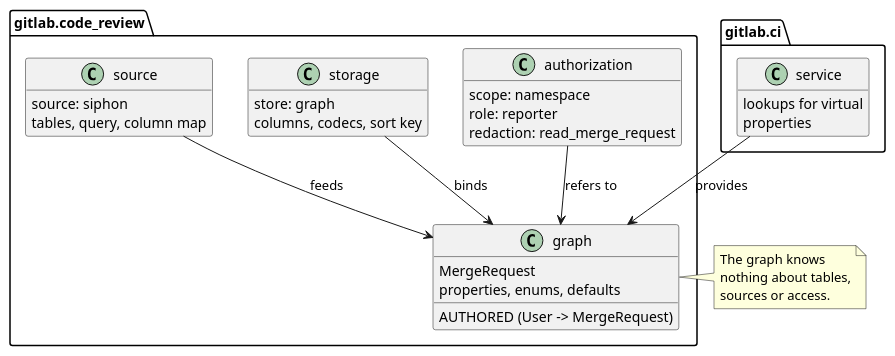
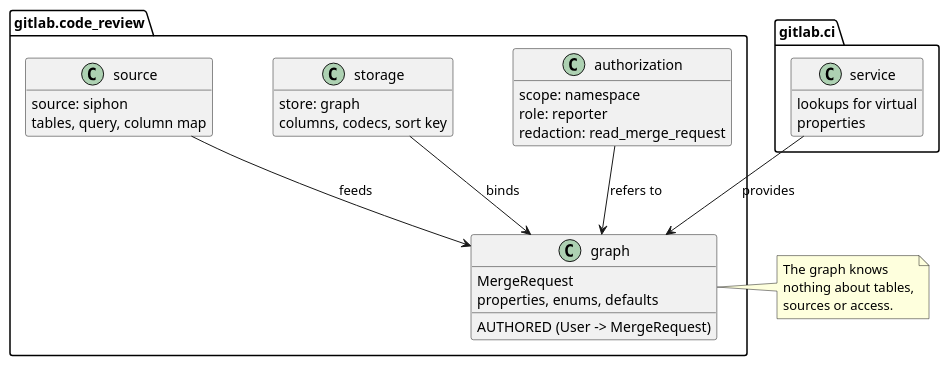
The second of 7 diagrams in docs/pages/engineering/adr/024_pluggable_data_model.md (gitlabhq/orbit-knowledge-graph), drawn with PlantUML before and after one commit. The commit also changed other lines of this file, not shown here.

Commit message:
docs(adr): fix crossing arrows in the ADR 024 diagrams

````diff
--- a/docs/pages/engineering/adr/024_pluggable_data_model.md
+++ b/docs/pages/engineering/adr/024_pluggable_data_model.md
@@ -122,42 +125,44 @@
 ```plantuml
 @startuml
 set separator none
 skinparam shadowing false
+skinparam nodesep 60
+skinparam ranksep 70
 skinparam classAttributeIconSize 0
 hide empty members
 
 package "gitlab.code_review" {
   class "graph" as G {
     MergeRequest
     properties, enums, defaults
     AUTHORED (User -> MergeRequest)
   }
   class "authorization" as A {
     scope: namespace
     role: reporter
     redaction: read_merge_request
   }
   class "storage" as ST {
     store: graph
     columns, codecs, sort key
   }
   class "source" as SO {
     source: siphon
     tables, query, column map
   }
 }
 
 package "gitlab.ci" {
   class "service" as SV {
     lookups for virtual
     properties
   }
 }
 
 A --> G : refers to
 ST --> G : binds
 SO --> G : feeds
 SV --> G : provides
 note right of G : The graph knows\nnothing about tables,\nsources or access.
 @enduml
 ```
````
